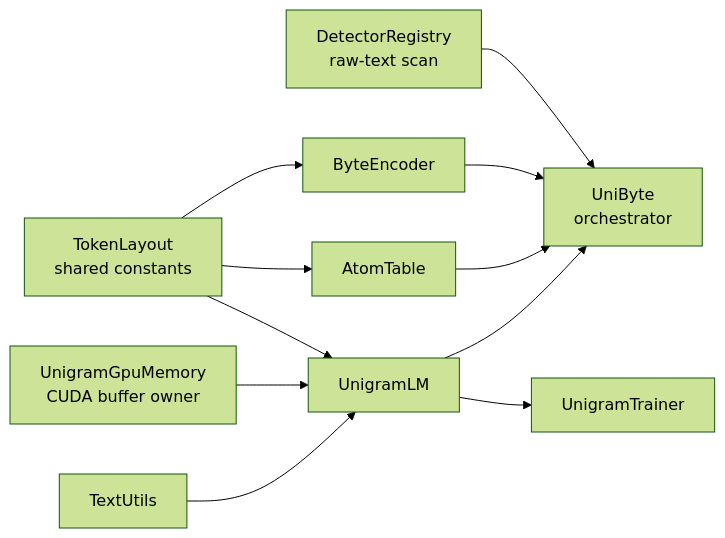
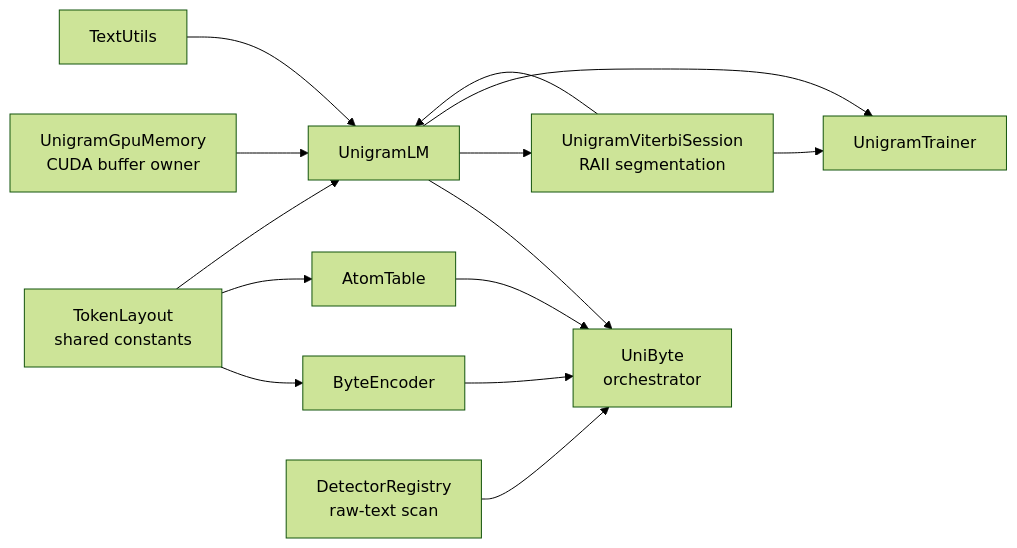
The first of 3 diagrams in resources/models/GRIM-text/Shared/UnigramByte/UnigramByte.codoc.md (Reaper3825/G.R.I.M), drawn with Mermaid (forest theme) before and after one commit. The commit also changed other lines of this file and 12 other files, not shown here.

First line of the commit message:
feat: Implement Unigram Viterbi segmentation for UnigramLM

````diff
--- a/resources/models/GRIM-text/Shared/UnigramByte/UnigramByte.codoc.md
+++ b/resources/models/GRIM-text/Shared/UnigramByte/UnigramByte.codoc.md
@@ -52,17 +54,21 @@
 ```mermaid
 flowchart LR
     TL[TokenLayout
 shared constants] --> BY[ByteEncoder]
     TL --> AT[AtomTable]
     TL --> UG[UnigramLM]
+   UV[UnigramViterbiSession
+RAII segmentation] --> UG
    UGM[UnigramGpuMemory
 CUDA buffer owner] --> UG
    DT[DetectorRegistry
 raw-text scan] --> UB[UniByte
 orchestrator]
     BY --> UB
     AT --> UB
     UG --> UB
     TU[TextUtils] --> UG
+   UG --> UV
     UG --> UT[UnigramTrainer]
+   UV --> UT
 ```
````
